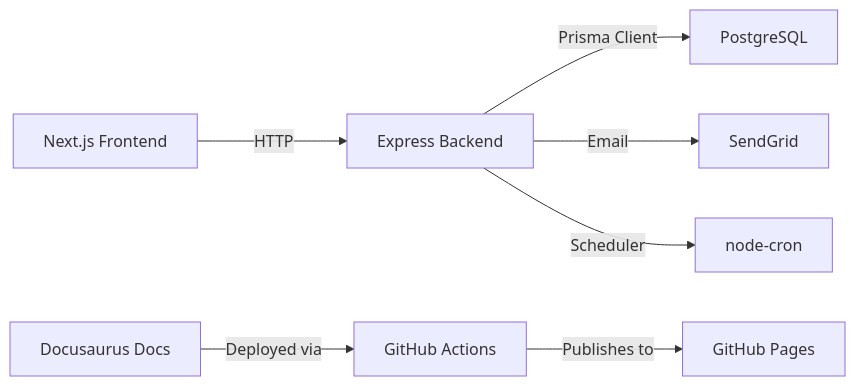
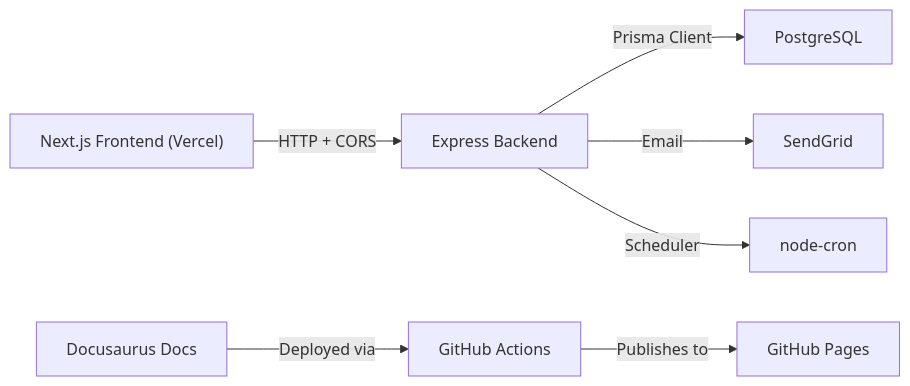
One commit to ZandileMkontwana/olympiad-portal changed the sixth of 6 diagrams in .qoder/repowiki/en/content/Deployment & DevOps/Deployment & DevOps.md. Above: the diagram before and after it, drawn with Mermaid. The commit also changed other lines of this file and 24 other files, not shown here.

````diff
--- a/.qoder/repowiki/en/content/Deployment & DevOps/Deployment & DevOps.md
+++ b/.qoder/repowiki/en/content/Deployment & DevOps/Deployment & DevOps.md
@@ -379,9 +424,9 @@
 ```mermaid
 graph LR
-FE["Next.js Frontend"] --> |"HTTP"| BE["Express Backend"]
+FE["Next.js Frontend (Vercel)"] --> |"HTTP + CORS"| BE["Express Backend"]
 BE --> |"Prisma Client"| DB["PostgreSQL"]
 BE --> |"Email"| SG["SendGrid"]
 BE --> |"Scheduler"| CRON["node-cron"]
 DOC["Docusaurus Docs"] --> |"Deployed via"| GHActions["GitHub Actions"]
 GHActions --> |"Publishes to"| GHPages["GitHub Pages"]
 ```
````
